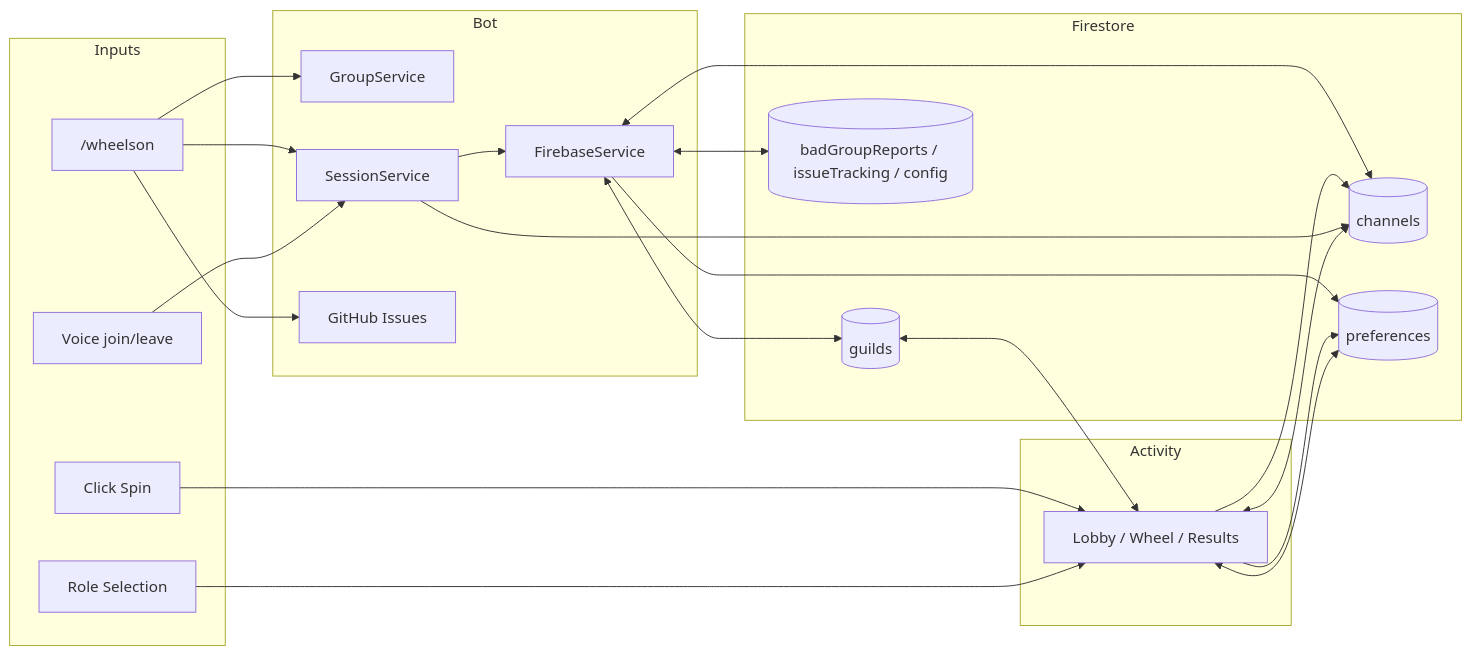
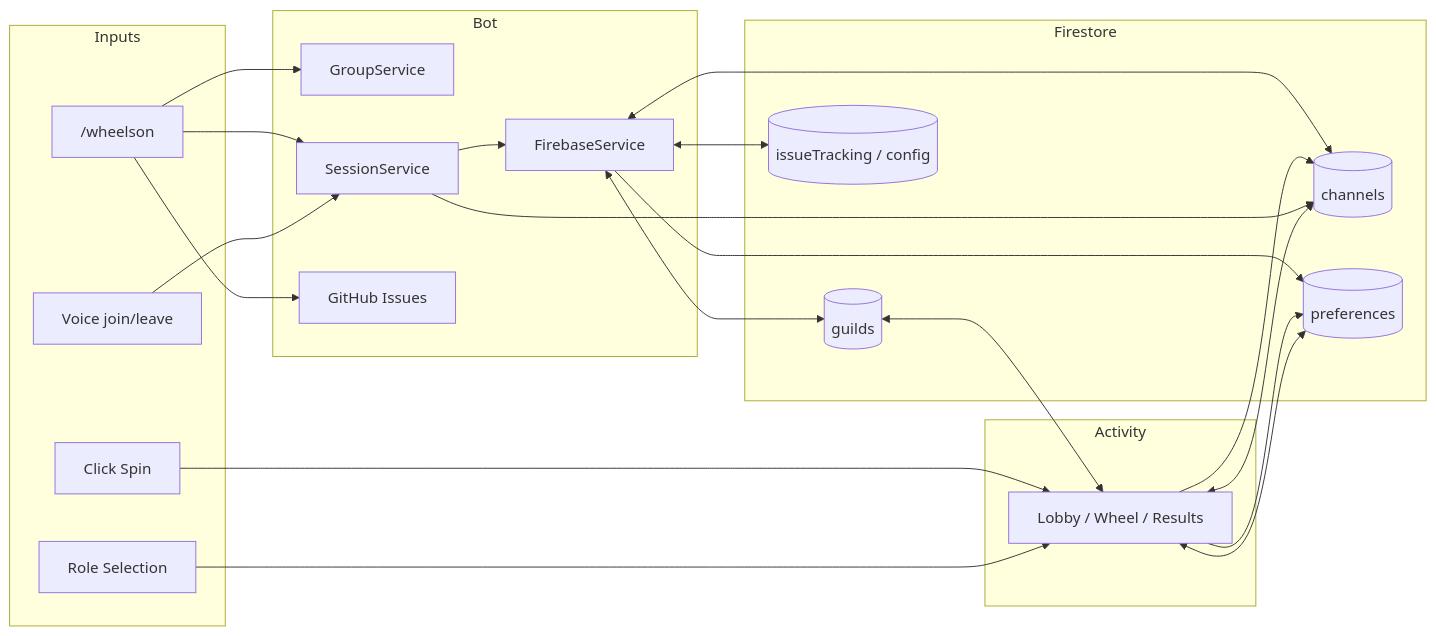
The fifth of 5 diagrams in ARCHITECTURE.md (TytaniumDev/MythicPlusDiscordBot), drawn with Mermaid before and after one commit. The commit also changed other lines of this file and 47 other files, not shown here.

````diff
--- a/ARCHITECTURE.md
+++ b/ARCHITECTURE.md
@@ -322,45 +321,45 @@
 ```mermaid
 flowchart LR
     subgraph Inputs
         Cmd["/wheelson"]
         Voice["Voice join/leave"]
         Click["Click Spin"]
         Role["Role Selection"]
     end
 
     subgraph Bot
         GS[GroupService]
         SS[SessionService]
         FS[FirebaseService]
         Issues[GitHub Issues]
     end
 
     subgraph Firestore
         G[(guilds)]
         C[(channels)]
         P[(preferences)]
-        Side[(badGroupReports / issueTracking / config)]
+        Side[(issueTracking / config)]
     end
 
     subgraph Activity
         UI[Lobby / Wheel / Results]
     end
 
     Cmd --> GS
     Cmd --> SS
     Voice --> SS
     SS --> FS
     FS <--> G
     FS <--> C
     FS --> P
     FS <--> Side
     G <--> UI
     C <--> UI
     P <--> UI
     Click --> UI
     UI --> C
     SS --> C
     Role --> UI
     UI --> P
     Cmd --> Issues
 ```
````
